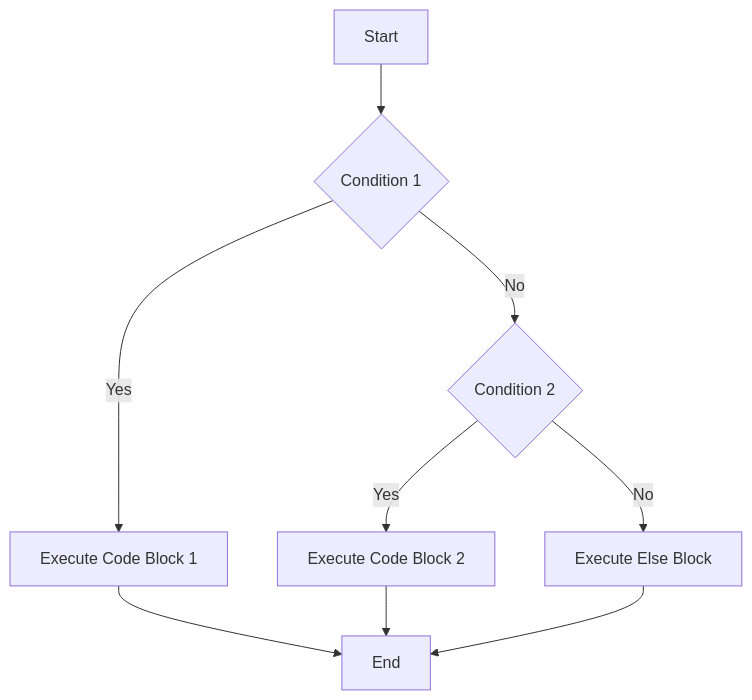
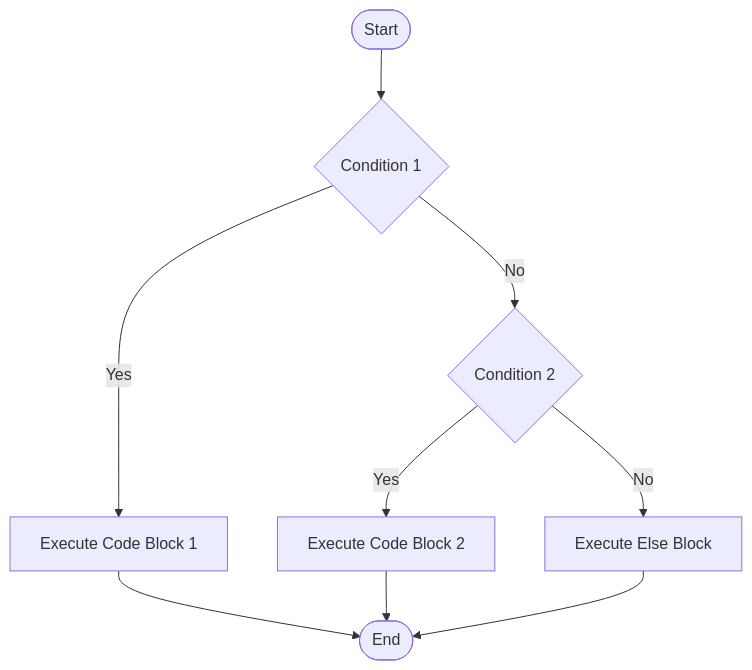
One commit to examdawn/content changed the eighth of 9 diagrams in NEP2020/2024/BCA/3rdsem/cs/solved/important/important-1.md. Above: the diagram before and after it, drawn with Mermaid. The commit also changed other lines of this file, not shown here.

Commit message:
BCA: CS: Fix mermaid

````diff
--- a/NEP2020/2024/BCA/3rdsem/cs/solved/important/important-1.md
+++ b/NEP2020/2024/BCA/3rdsem/cs/solved/important/important-1.md
@@ -284,11 +284,11 @@
 ```mermaid
 graph TD
-    A[Start] --> B{Condition 1}
+    A([Start]) --> B{Condition 1}
     B -- Yes --> C[Execute Code Block 1]
     B -- No --> D{Condition 2}
     D -- Yes --> E[Execute Code Block 2]
     D -- No --> F[Execute Else Block]
-    C --> G[End]
+    C --> G([End])
     E --> G
     F --> G
 ```
````
